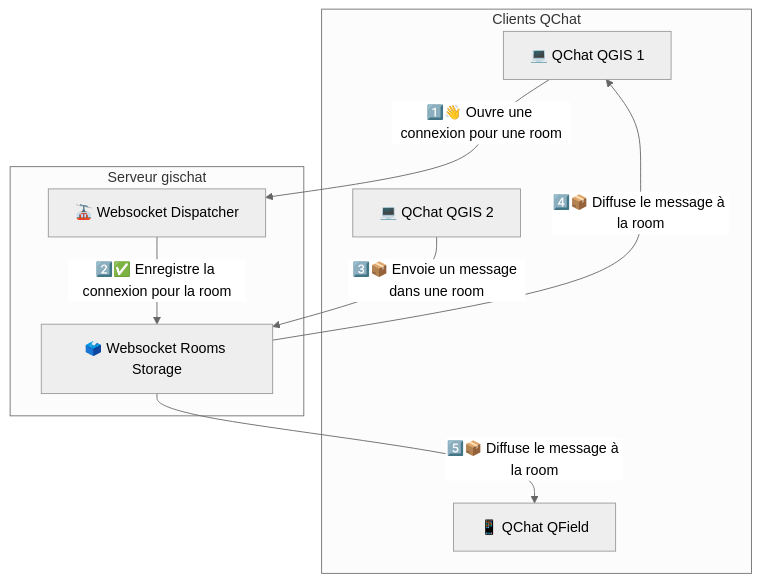
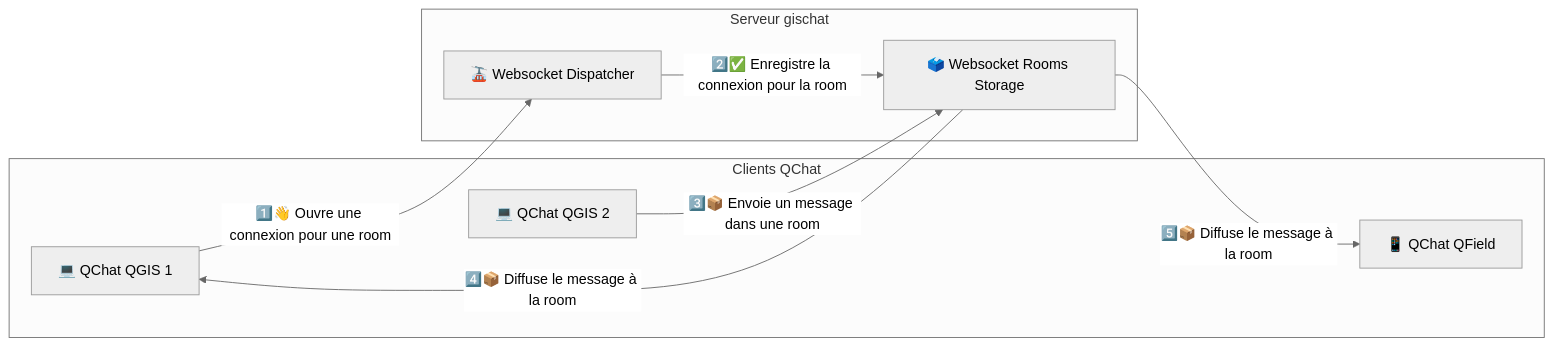
One commit to geotribu/slides changed the diagram in slides/2025-06-11_qchat_qgisfr2025.md. Above: the diagram before and after it, drawn with Mermaid (neutral theme). The commit also changed other lines of this file and 2 other files, not shown here.

````diff
--- a/slides/2025-06-11_qchat_qgisfr2025.md
+++ b/slides/2025-06-11_qchat_qgisfr2025.md
@@ -122,19 +123,19 @@
 ```mermaid
-graph TD
+graph LR
     subgraph Clients QChat
         QGISA[💻 QChat QGIS 1]
         QGISB[💻 QChat QGIS 2]
         QFieldA[📱 QChat QField]
     end
     subgraph Serveur gischat
         WSDispatcher[🚠 Websocket Dispatcher]
         WSStorage[🗳️ Websocket Rooms Storage]
     end
 
     QGISA --> |1️⃣👋 Ouvre une connexion pour une room| WSDispatcher
     WSDispatcher --> |2️⃣✅ Enregistre la connexion pour la room| WSStorage
 
     QGISB --> |3️⃣📦 Envoie un message dans une room| WSStorage
     WSStorage --> |4️⃣📦 Diffuse le message à la room| QGISA
     WSStorage --> |5️⃣📦 Diffuse le message à la room| QFieldA
 ```
````
